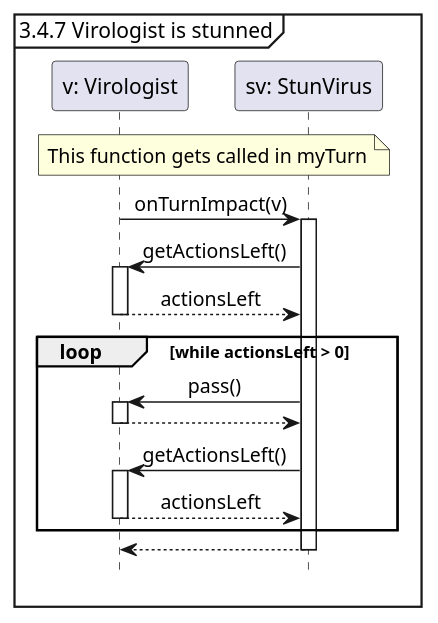
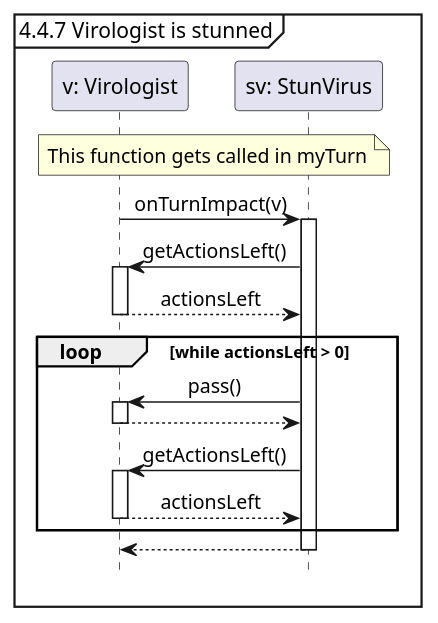
The diagram in docs/seqDiagrams/06stunVirusOnTurnImpact.puml (Tschonti/503-service-unavailable), drawn with PlantUML before and after one commit. The commit also changed 17 other files, not shown here.

```diff
--- a/docs/seqDiagrams/06stunVirusOnTurnImpact.puml
+++ b/docs/seqDiagrams/06stunVirusOnTurnImpact.puml
@@ -1,22 +1,22 @@
 @startuml
 'https://plantuml.com/sequence-diagram
 hide footbox
 skinparam sequenceMessageAlign center
 
-mainframe 3.4.7 Virologist is stunned
+mainframe 4.4.7 Virologist is stunned
 
 participant "v: Virologist" as v
 participant "sv: StunVirus" as sv
 
 note over v, sv : This function gets called in myTurn
 v -> sv ++: onTurnImpact(v)
     sv -> v ++: getActionsLeft()
     return actionsLeft
     loop while actionsLeft > 0
         sv -> v ++: pass()
         return
         sv -> v ++: getActionsLeft()
         return actionsLeft
     end
 return
 @enduml
```
